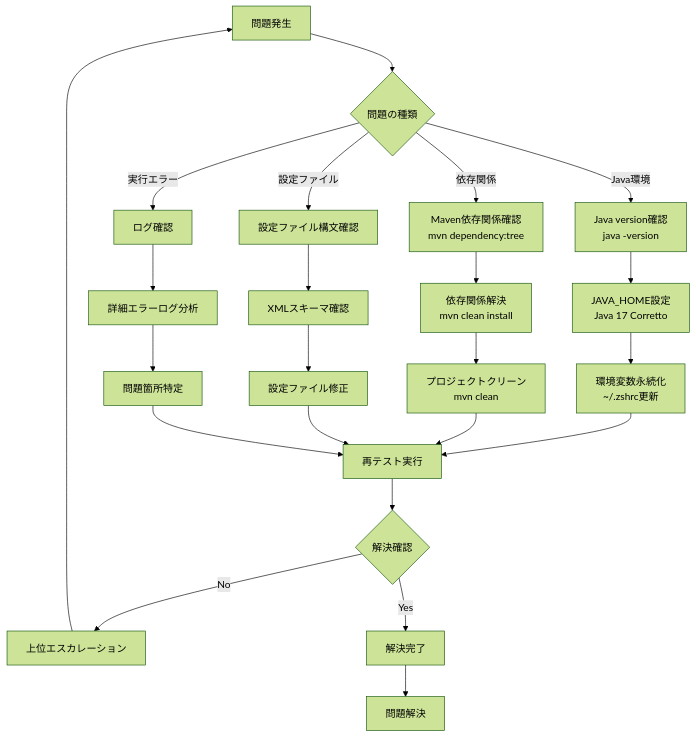
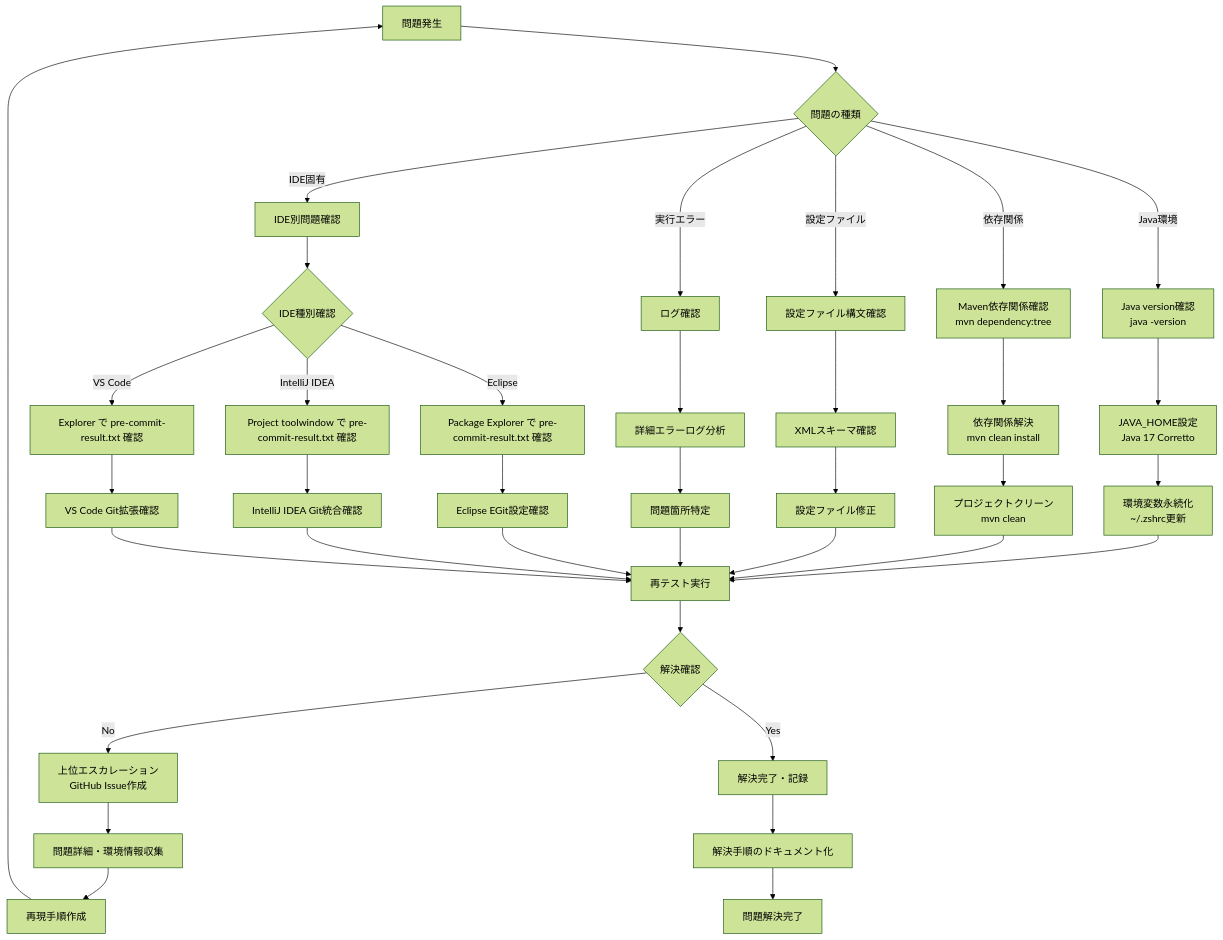
Before and after one commit to digital-ojt/development-webCourse-DroneInventorySystem: diagram 15 of 17 in scripts/STATIC_ANALYSIS_TOOLS_FEATURE_DIAGRAM.md, drawn with Mermaid (forest theme). The commit also changed other lines of this file and 1 other file, not shown here.

Commit message:
シーケンス図の更新

````diff
--- a/scripts/STATIC_ANALYSIS_TOOLS_FEATURE_DIAGRAM.md
+++ b/scripts/STATIC_ANALYSIS_TOOLS_FEATURE_DIAGRAM.md
@@ -477,33 +678,49 @@
 ```mermaid
 flowchart TD
     START[問題発生]
     
     START --> A1{問題の種類}
     
     A1 -->|Java環境| B1[Java version確認<br/>java -version]
     A1 -->|依存関係| B2[Maven依存関係確認<br/>mvn dependency:tree]
     A1 -->|設定ファイル| B3[設定ファイル構文確認]
     A1 -->|実行エラー| B4[ログ確認]
+    A1 -->|IDE固有| B5[IDE別問題確認]
     
     B1 --> C1[JAVA_HOME設定<br/>Java 17 Corretto]
     B2 --> C2[依存関係解決<br/>mvn clean install]
     B3 --> C3[XMLスキーマ確認]
     B4 --> C4[詳細エラーログ分析]
+    B5 --> C5{IDE種別確認}
+    
+    C5 -->|Eclipse| C6[Package Explorer で pre-commit-result.txt 確認]
+    C5 -->|IntelliJ IDEA| C7[Project toolwindow で pre-commit-result.txt 確認]
+    C5 -->|VS Code| C8[Explorer で pre-commit-result.txt 確認]
     
     C1 --> D1[環境変数永続化<br/>~/.zshrc更新]
     C2 --> D2[プロジェクトクリーン<br/>mvn clean]
     C3 --> D3[設定ファイル修正]
     C4 --> D4[問題箇所特定]
+    C6 --> D5[Eclipse EGit設定確認]
+    C7 --> D6[IntelliJ IDEA Git統合確認]
+    C8 --> D7[VS Code Git拡張確認]
     
     D1 --> E1[再テスト実行]
     D2 --> E1
     D3 --> E1
     D4 --> E1
+    D5 --> E1
+    D6 --> E1
+    D7 --> E1
     
     E1 --> F1{解決確認}
-    F1 -->|No| G1[上位エスカレーション]
-    F1 -->|Yes| H1[解決完了]
+    F1 -->|No| G1[上位エスカレーション<br/>GitHub Issue作成]
+    F1 -->|Yes| H1[解決完了・記録]
     
-    G1 --> START
-    H1 --> END[問題解決]
+    G1 --> G2[問題詳細・環境情報収集]
+    G2 --> G3[再現手順作成]
+    G3 --> START
+    
+    H1 --> H2[解決手順のドキュメント化]
+    H2 --> END[問題解決完了]
 ```
````
